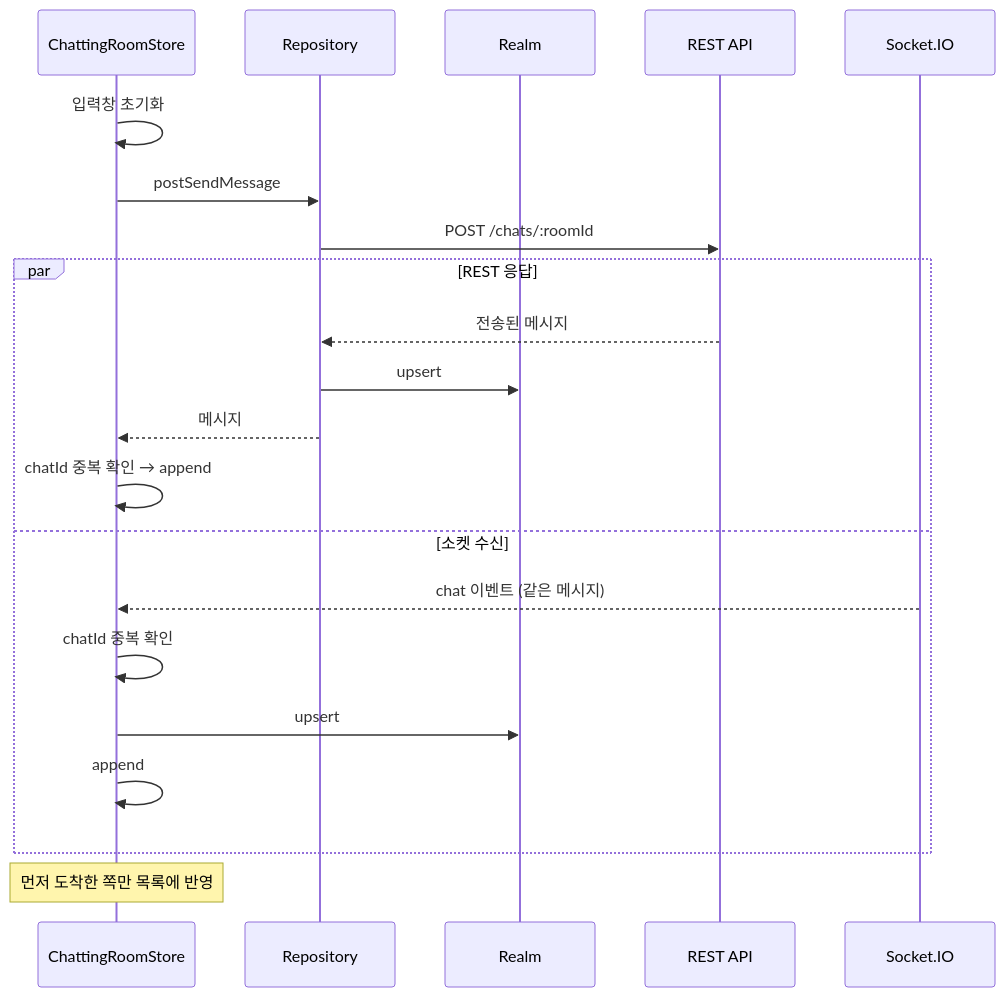
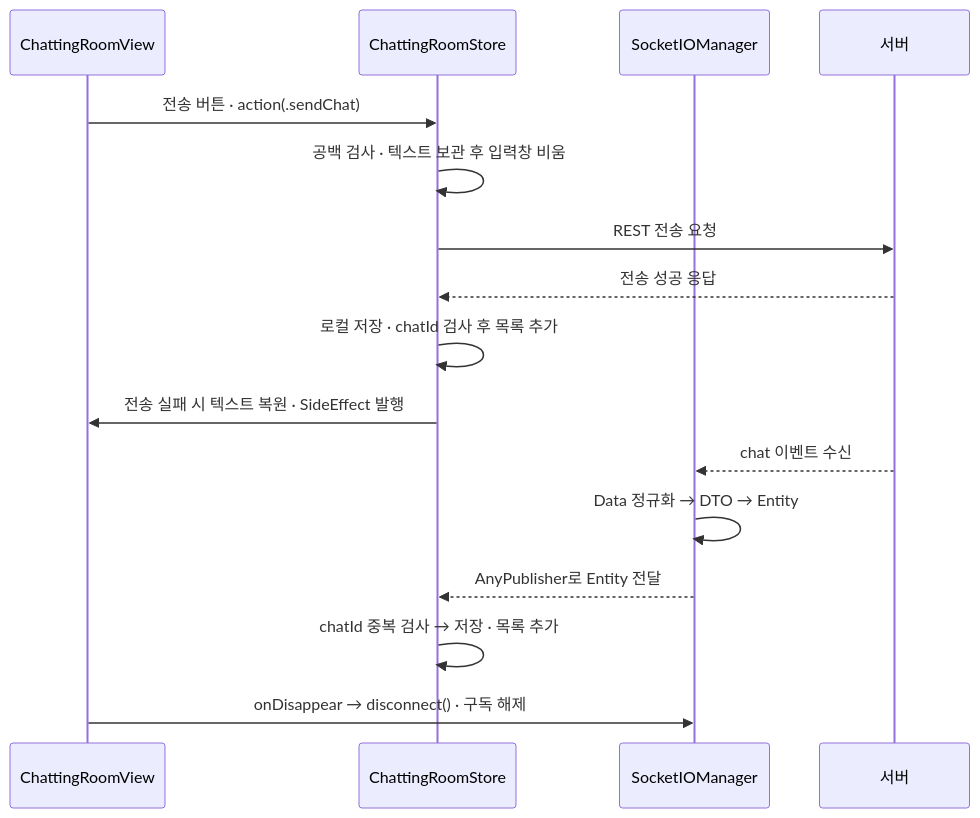
The seventh of 10 diagrams in README.md (Maekiee/FlowLab), drawn with Mermaid before and after one commit. The commit also changed other lines of this file, not shown here.

````diff
--- a/README.md
+++ b/README.md
@@ -347,24 +345,19 @@
 ```mermaid
 sequenceDiagram
+    participant V as ChattingRoomView
     participant S as ChattingRoomStore
-    participant R as Repository
-    participant L as Realm
-    participant API as REST API
-    participant IO as Socket.IO
+    participant IO as SocketIOManager
+    participant N as 서버
 
-    S->>S: 입력창 초기화
-    S->>R: postSendMessage
-    R->>API: POST /chats/:roomId
-    par REST 응답
-        API-->>R: 전송된 메시지
-        R->>L: upsert
-        R-->>S: 메시지
-        S->>S: chatId 중복 확인 → append
-    and 소켓 수신
-        IO-->>S: chat 이벤트 (같은 메시지)
-        S->>S: chatId 중복 확인
-        S->>L: upsert
-        S->>S: append
-    end
-    Note over S: 먼저 도착한 쪽만 목록에 반영
+    V->>S: 전송 버튼 · action(.sendChat)
+    S->>S: 공백 검사 · 텍스트 보관 후 입력창 비움
+    S->>N: REST 전송 요청
+    N-->>S: 전송 성공 응답
+    S->>S: 로컬 저장 · chatId 검사 후 목록 추가
+    S->>V: 전송 실패 시 텍스트 복원 · SideEffect 발행
+    N-->>IO: chat 이벤트 수신
+    IO->>IO: Data 정규화 → DTO → Entity
+    IO-->>S: AnyPublisher로 Entity 전달
+    S->>S: chatId 중복 검사 → 저장 · 목록 추가
+    V->>IO: onDisappear → disconnect() · 구독 해제
 ```
````
